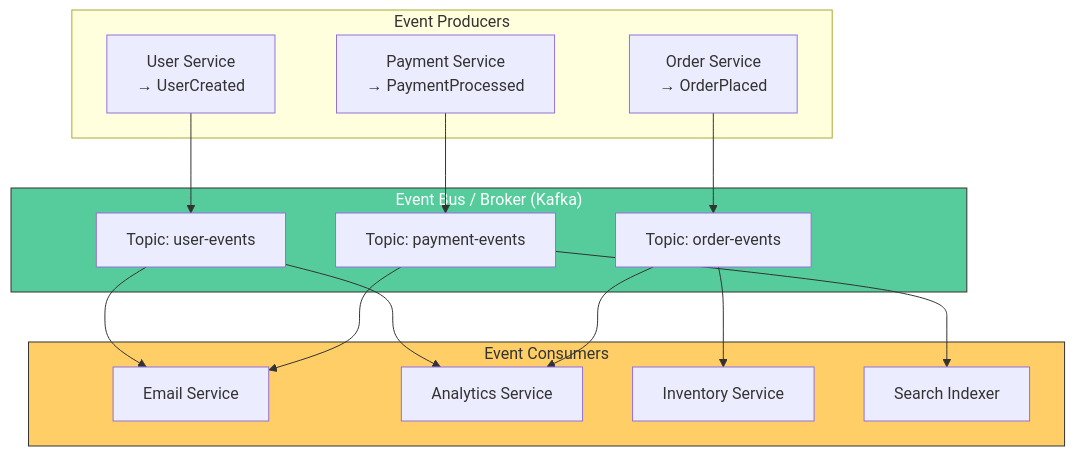
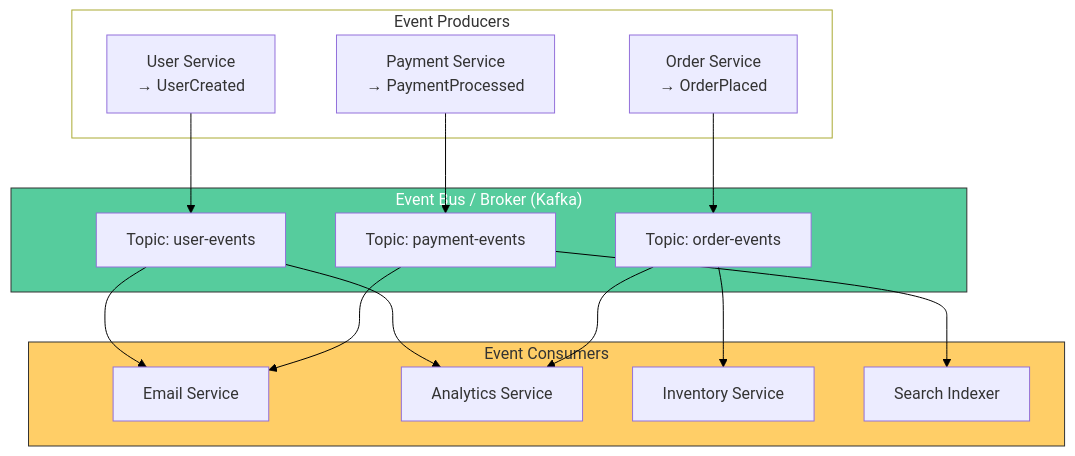
Before and after one commit to tanquangduong/tanquangduong.github.io: diagram 14 of 17 in posts/system-design/System-Design-Interview-QA-2.qmd, drawn with Mermaid. The commit also changed other lines of this file and 204 other files, not shown here.

````diff
--- a/posts/system-design/System-Design-Interview-QA-2.qmd
+++ b/posts/system-design/System-Design-Interview-QA-2.qmd
@@ -868,34 +886,36 @@
 ```{mermaid}
 graph TD
+    linkStyle default stroke:#000,color:#000
     subgraph Producers["Event Producers"]
         US["User Service<br/>→ UserCreated"]
         OS["Order Service<br/>→ OrderPlaced"]
         PS["Payment Service<br/>→ PaymentProcessed"]
     end
 
     subgraph EventBus["Event Bus / Broker (Kafka)"]
         T1["Topic: user-events"]
         T2["Topic: order-events"]
         T3["Topic: payment-events"]
     end
 
     subgraph Consumers["Event Consumers"]
         EMAIL["Email Service"]
         ANALYTICS["Analytics Service"]
         INVENTORY["Inventory Service"]
         SEARCH["Search Indexer"]
     end
 
     US --> T1
     OS --> T2
     PS --> T3
     T1 --> EMAIL
     T1 --> ANALYTICS
     T2 --> INVENTORY
     T2 --> ANALYTICS
     T3 --> EMAIL
     T3 --> SEARCH
 
     style EventBus fill:#56cc9d,stroke:#333,color:#fff
     style Consumers fill:#ffce67,stroke:#333
+    style Producers fill:#fff
 ```
````
